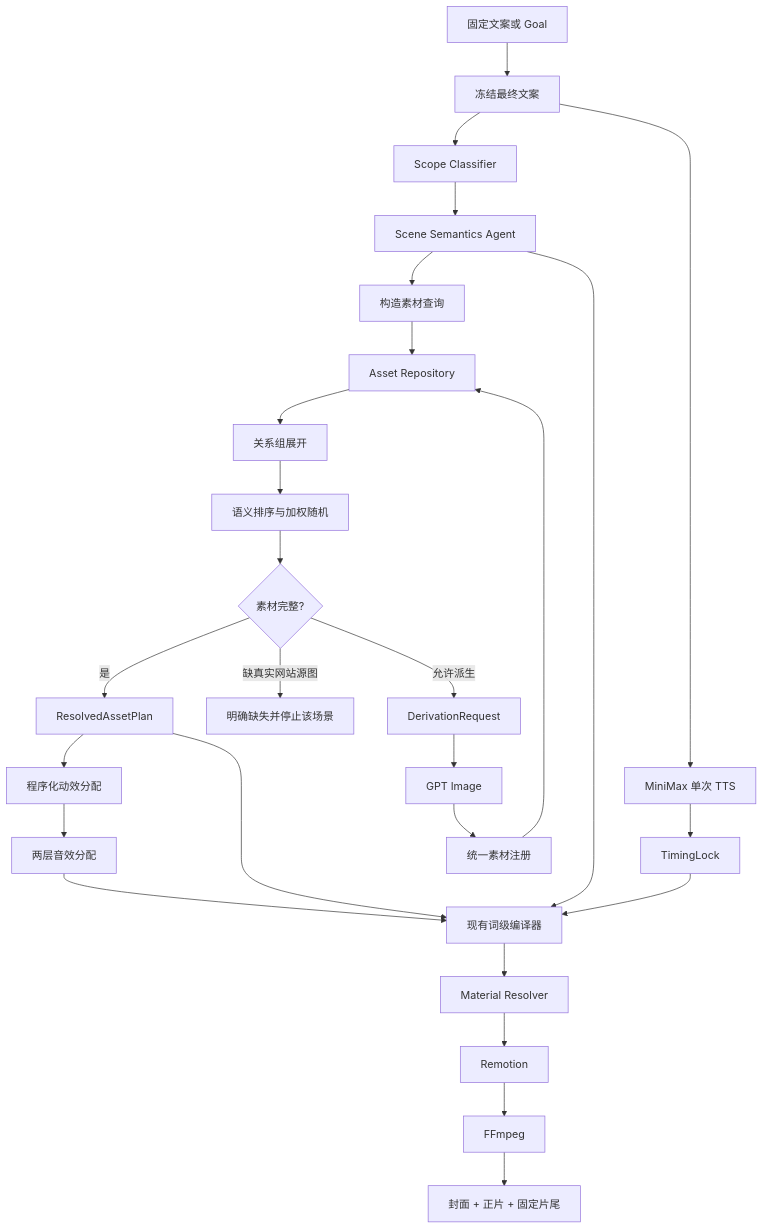
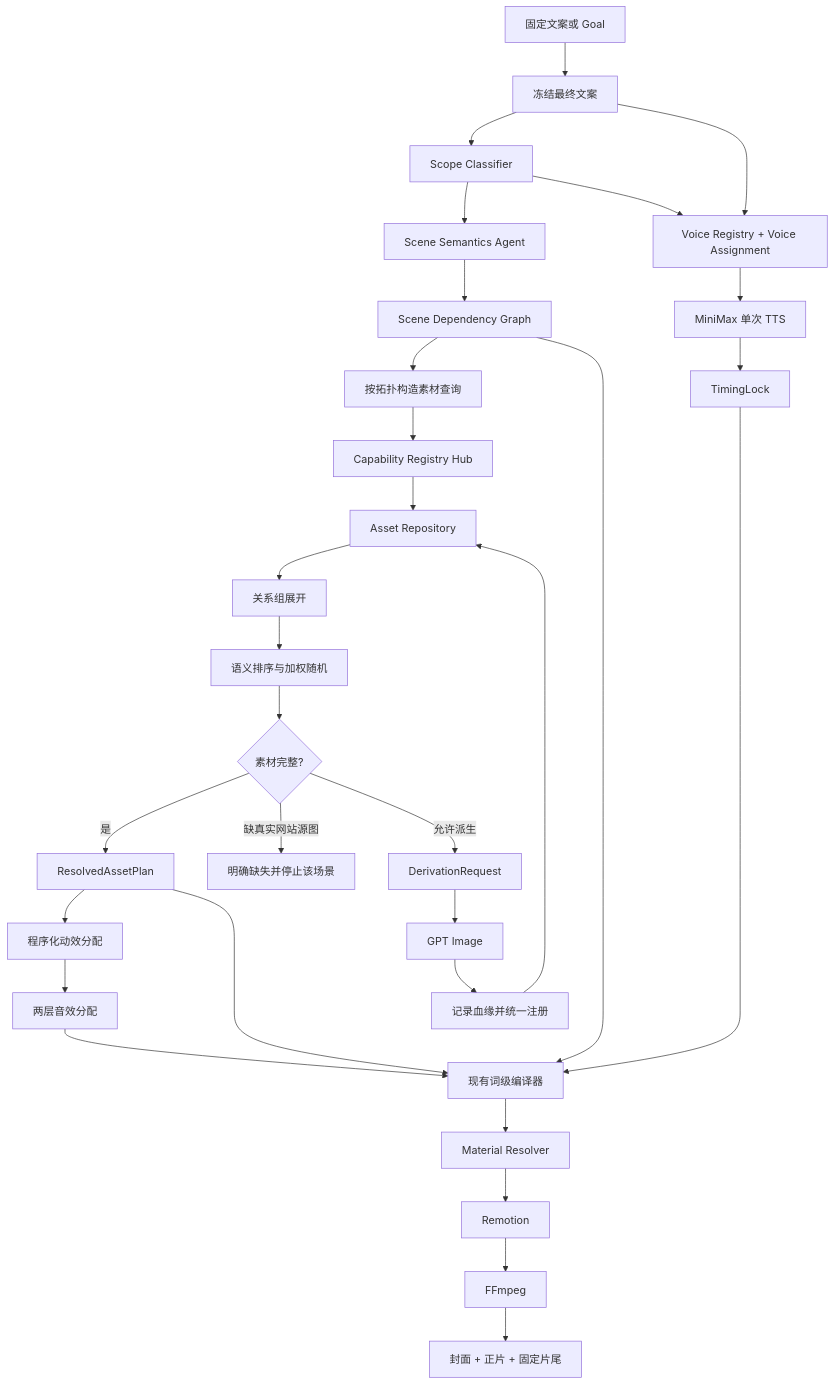
The second of 2 diagrams in docs/video_agent_v4_architecture_framework_20260717.md (60ke/video-agent), drawn with Mermaid before and after one commit. The commit also changed other lines of this file, not shown here.

Commit message:
docs: extend v4 registries and scene continuity

````diff
--- a/docs/video_agent_v4_architecture_framework_20260717.md
+++ b/docs/video_agent_v4_architecture_framework_20260717.md
@@ -344,36 +507,40 @@
 ```mermaid
 flowchart TD
     A[固定文案或 Goal] --> B[冻结最终文案]
 
     B --> C[Scope Classifier]
     C --> D[Scene Semantics Agent]
+    D --> DEP[Scene Dependency Graph]
 
-    B --> T[MiniMax 单次 TTS]
+    B --> VA[Voice Registry + Voice Assignment]
+    C --> VA
+    VA --> T[MiniMax 单次 TTS]
     T --> TL[TimingLock]
 
-    D --> Q[构造素材查询]
-    Q --> AR[Asset Repository]
+    DEP --> Q[按拓扑构造素材查询]
+    Q --> CR[Capability Registry Hub]
+    CR --> AR[Asset Repository]
     AR --> GS[关系组展开]
     GS --> SEL[语义排序与加权随机]
 
     SEL --> GAP{素材完整?}
     GAP -->|是| RP[ResolvedAssetPlan]
     GAP -->|缺真实网站源图| MISS[明确缺失并停止该场景]
     GAP -->|允许派生| DR[DerivationRequest]
     DR --> IMG[GPT Image]
-    IMG --> REG[统一素材注册]
+    IMG --> REG[记录血缘并统一注册]
     REG --> AR
 
     RP --> MOTION[程序化动效分配]
     MOTION --> SFX[两层音效分配]
 
-    D --> COMP[现有词级编译器]
+    DEP --> COMP[现有词级编译器]
     TL --> COMP
     SFX --> COMP
     RP --> COMP
 
     COMP --> MAT[Material Resolver]
     MAT --> REM[Remotion]
     REM --> FF[FFmpeg]
     FF --> OUT[封面 + 正片 + 固定片尾]
 ```
````
